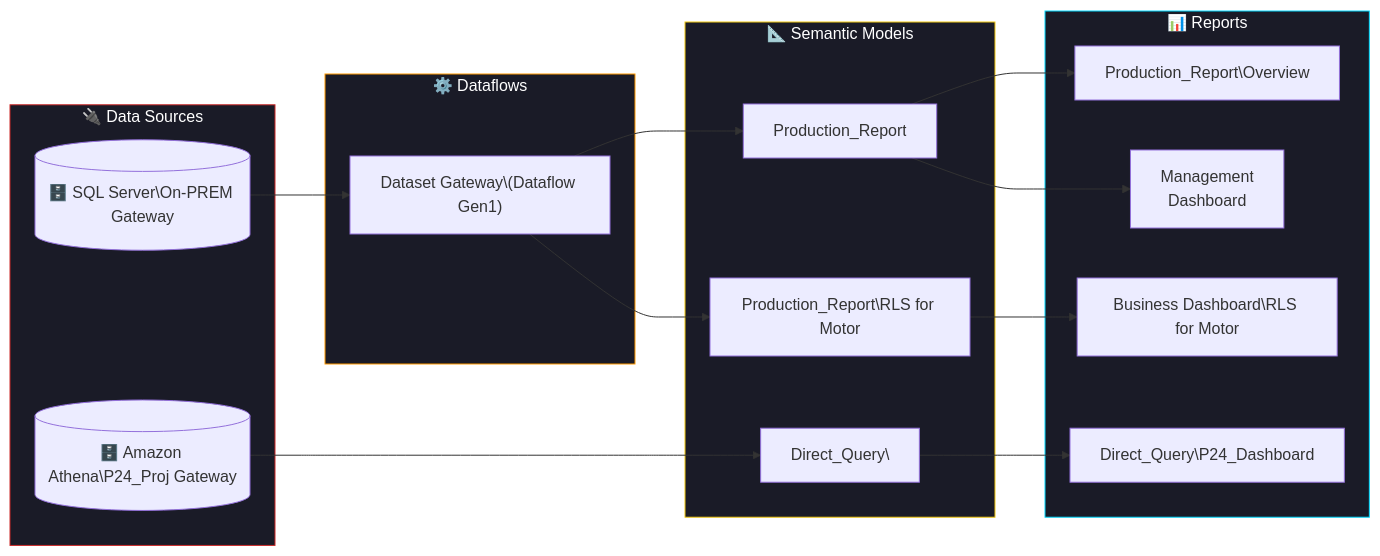
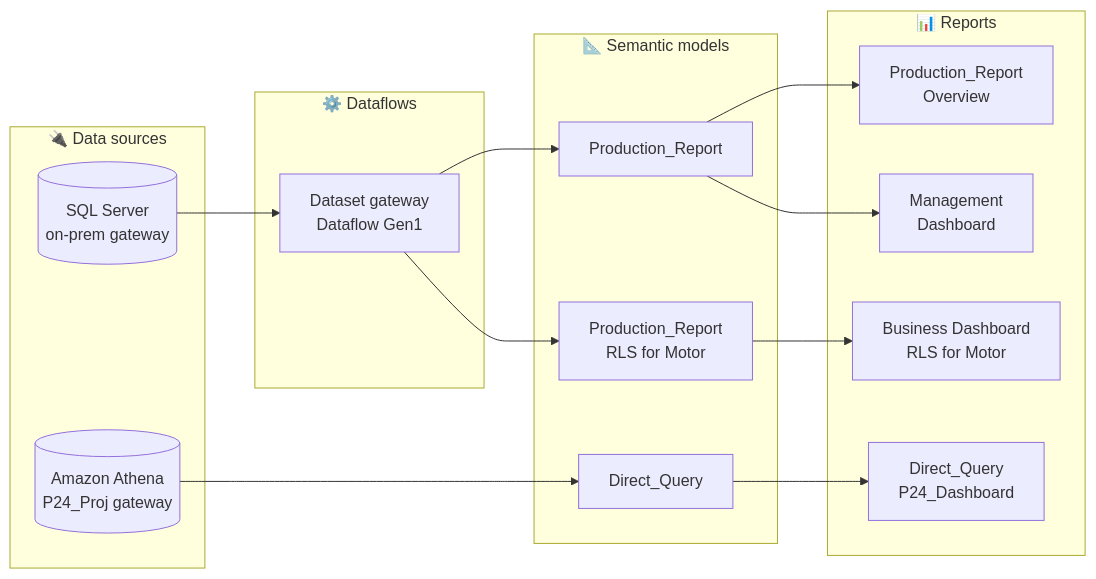
Before and after one commit to Mangesh-Jadhav-2/Mangesh-Jadhav-2: the third of 3 diagrams in README.md, drawn with Mermaid. The commit also changed other lines of this file, not shown here.

Commit message:
Redesign profile README: flagship credit engine, experience, stack and architecture

````diff
--- a/README.md
+++ b/README.md
@@ -186,38 +221,33 @@
 ```mermaid
 flowchart LR
-    subgraph SOURCES["🔌 Data Sources"]
-        SQL[("🗄️ SQL Server\On-PREM Gateway")]
-        ATH[("🗄️ Amazon Athena\P24_Proj Gateway")]
+    subgraph SOURCES["🔌 Data sources"]
+        SQL[("SQL Server<br/>on-prem gateway")]
+        ATH[("Amazon Athena<br/>P24_Proj gateway")]
     end
 
     subgraph TRANSFORM["⚙️ Dataflows"]
-        DF["Dataset Gateway\(Dataflow Gen1)"]
+        DF["Dataset gateway<br/>Dataflow Gen1"]
     end
 
-    subgraph MODELS["📐 Semantic Models"]
+    subgraph MODELS["📐 Semantic models"]
         SM1["Production_Report"]
-        SM2["Production_Report\RLS for Motor"]
-        SM3["Direct_Query\"]
+        SM2["Production_Report<br/>RLS for Motor"]
+        SM3["Direct_Query"]
     end
 
     subgraph REPORTS["📊 Reports"]
-        R1["Production_Report\Overview"]
-        R2["Management\nDashboard"]
-        R3["Business Dashboard\RLS for Motor"]
-        R4["Direct_Query\P24_Dashboard"]
+        R1["Production_Report<br/>Overview"]
+        R2["Management<br/>Dashboard"]
+        R3["Business Dashboard<br/>RLS for Motor"]
+        R4["Direct_Query<br/>P24_Dashboard"]
     end
 
     SQL --> DF
     DF --> SM1
     DF --> SM2
     SM1 --> R1
     SM1 --> R2
     SM2 --> R3
     ATH --> SM3
     SM3 --> R4
-
-    style SOURCES fill:#1a1b27,stroke:#CC2927,color:#fff
-    style TRANSFORM fill:#1a1b27,stroke:#FF9900,color:#fff
-    style MODELS fill:#1a1b27,stroke:#F2C811,color:#fff
-    style REPORTS fill:#1a1b27,stroke:#00d9ff,color:#fff
 ```
````
